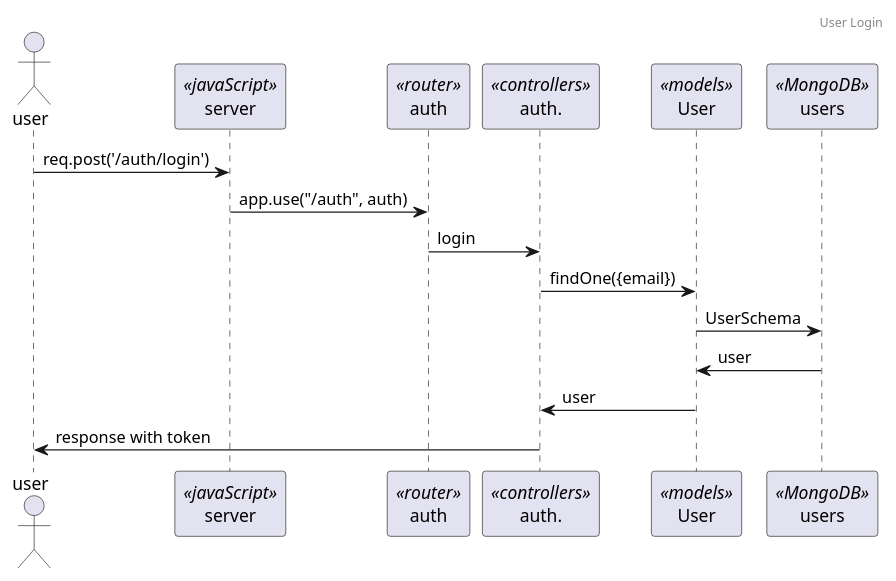
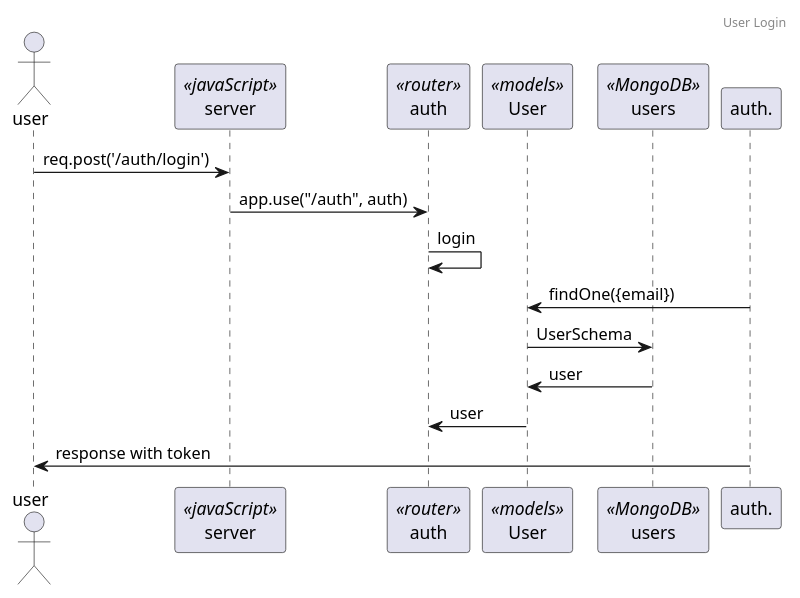
One commit to NinePoonyawat/SW_Project changed the diagram in backend/umls/smart/userLogin.puml. Above: the diagram before and after it, drawn with PlantUML. The commit also changed 27 other files, not shown here.

Commit message:
sequece diagram

```diff
--- a/backend/umls/smart/userLogin.puml
+++ b/backend/umls/smart/userLogin.puml
@@ -1,21 +1,21 @@
-@startuml
+@startuml Login
 
 header User Login
 
 actor user
 participant server <<javaScript>>
 participant auth <<router>>
-participant auth. <<controllers>>
+participant auth <<controllers>>
 participant User <<models>>
 participant users <<MongoDB>>
 
 user -> server : req.post('/auth/login')
 server -> auth : app.use("/auth", auth)
-auth -> auth. : login
+auth -> auth : login
 auth. -> User : findOne({email})
 User -> users : UserSchema
 users -> User : user
-User -> auth. : user
+User -> auth : user
 auth. -> user : response with token
 
 @enduml
```
